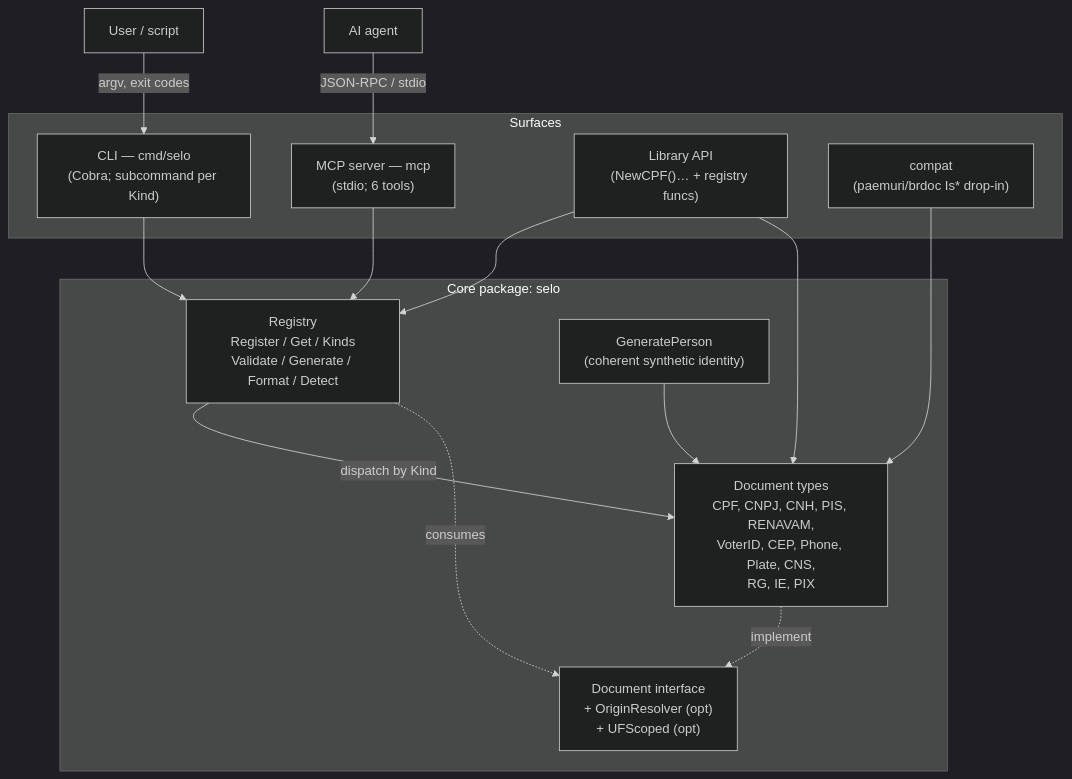
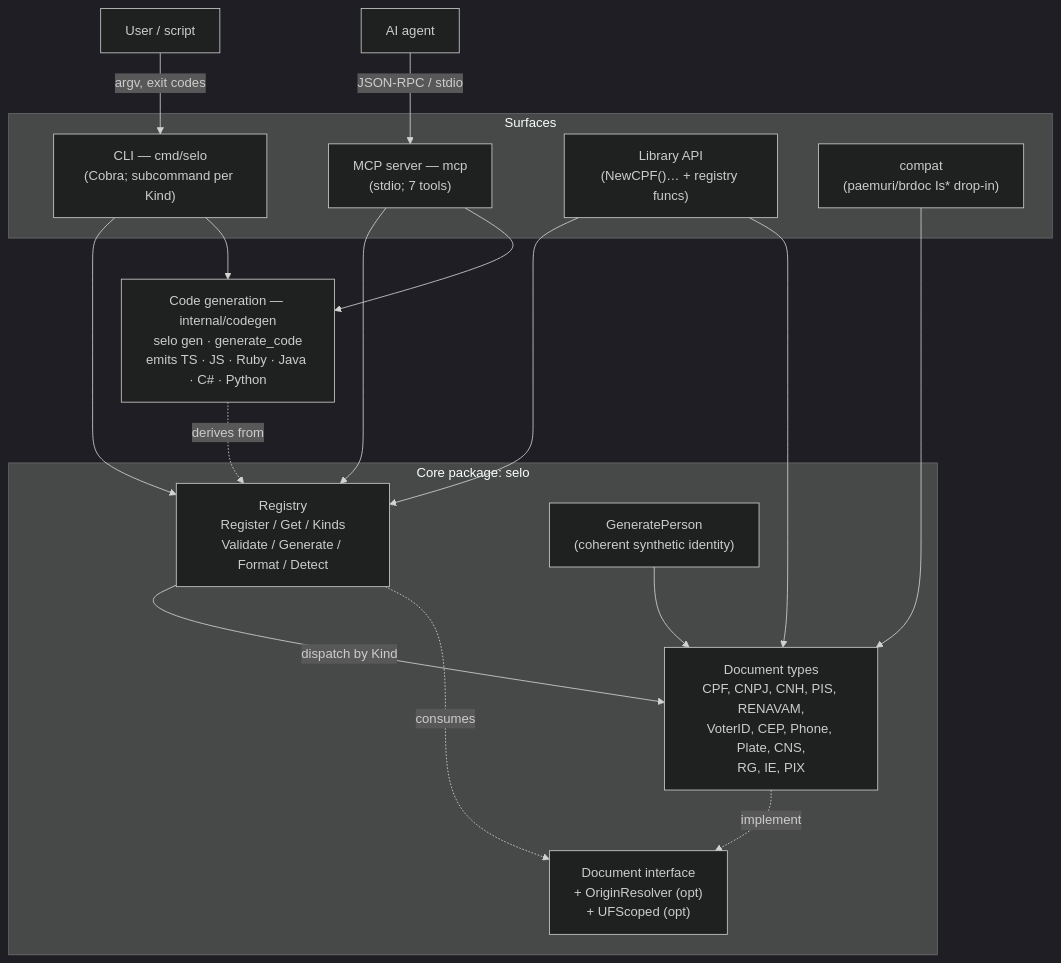
The first of 6 diagrams in docs/ARCHITECTURE.md (inovacc/selo), drawn with Mermaid (dark theme) before and after one commit. The commit also changed other lines of this file and 10 other files, not shown here.

````diff
--- a/docs/ARCHITECTURE.md
+++ b/docs/ARCHITECTURE.md
@@ -10,29 +10,34 @@
 ```mermaid
 flowchart TB
     subgraph surfaces["Surfaces"]
         CLI["CLI — cmd/selo<br/>(Cobra; subcommand per Kind)"]
-        MCP["MCP server — mcp<br/>(stdio; 6 tools)"]
+        MCP["MCP server — mcp<br/>(stdio; 7 tools)"]
         LIB["Library API<br/>(NewCPF()… + registry funcs)"]
         COMPAT["compat<br/>(paemuri/brdoc Is* drop-in)"]
     end
 
     subgraph core["Core package: selo"]
         REG["Registry<br/>Register / Get / Kinds<br/>Validate / Generate / Format / Detect"]
         IFACE["Document interface<br/>+ OriginResolver (opt)<br/>+ UFScoped (opt)"]
         TYPES["Document types<br/>CPF, CNPJ, CNH, PIS, RENAVAM,<br/>VoterID, CEP, Phone, Plate, CNS,<br/>RG, IE, PIX"]
         PERSON["GeneratePerson<br/>(coherent synthetic identity)"]
     end
 
     CLI --> REG
     MCP --> REG
     LIB --> REG
     LIB --> TYPES
     COMPAT --> TYPES
     PERSON --> TYPES
     REG -->|dispatch by Kind| TYPES
     TYPES -.implement.-> IFACE
     REG -.consumes.-> IFACE
 
+    GEN["Code generation — internal/codegen<br/>selo gen · generate_code<br/>emits TS · JS · Ruby · Java · C# · Python"]
+    CLI --> GEN
+    MCP --> GEN
+    GEN -.derives from.-> REG
+
     AGENT["AI agent"] -->|JSON-RPC / stdio| MCP
     USER["User / script"] -->|argv, exit codes| CLI
 ```
````
